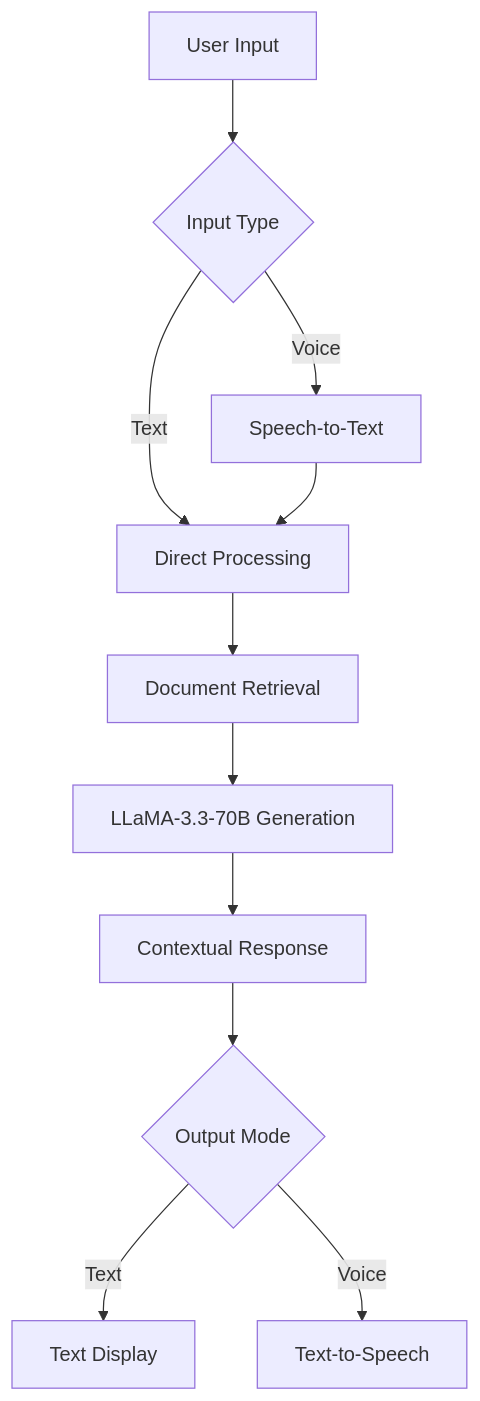
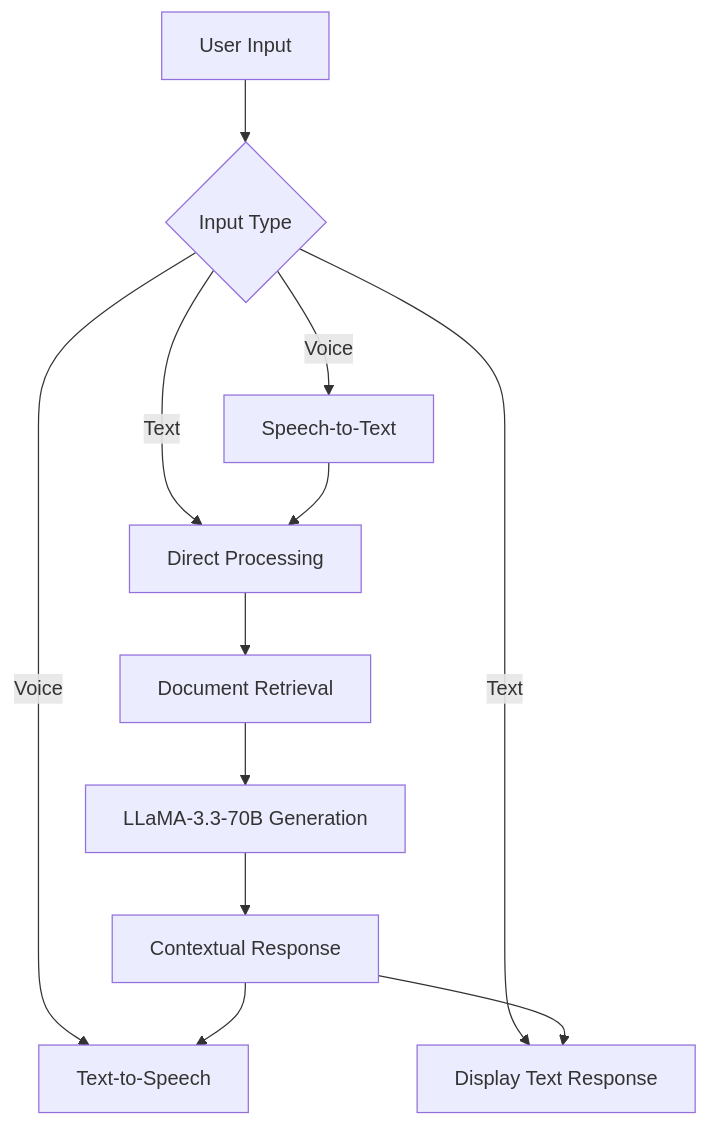
The diagram in ReadME.md (mokakrishna21/TARS), drawn with Mermaid before and after one commit. The commit also changed other lines of this file, not shown here.

````diff
--- a/ReadME.md
+++ b/ReadME.md
@@ -23,13 +23,14 @@
 ```mermaid
 graph TD
     A[User Input] --> B{Input Type}
     B -->|Voice| C[Speech-to-Text]
     B -->|Text| D[Direct Processing]
     C --> D
     D --> E[Document Retrieval]
     E --> F[LLaMA-3.3-70B Generation]
     F --> G[Contextual Response]
-    G --> H{Output Mode}
-    H -->|Text| I[Text Display]
-    H -->|Voice| J[Text-to-Speech]
+    B -->|Voice| H[Text-to-Speech]
+    G --> H
+    B -->|Text| I[Display Text Response]
+    G --> I
 ```
````
